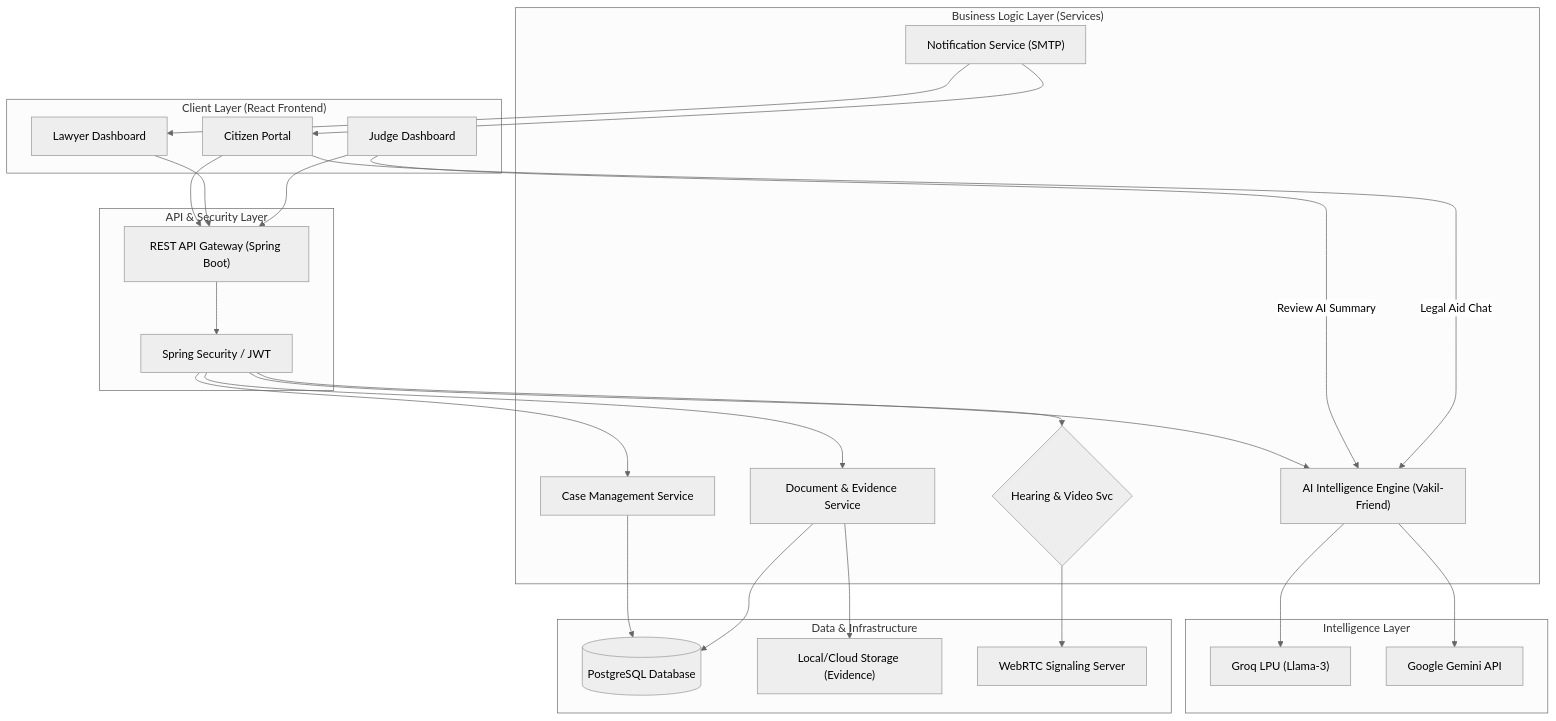
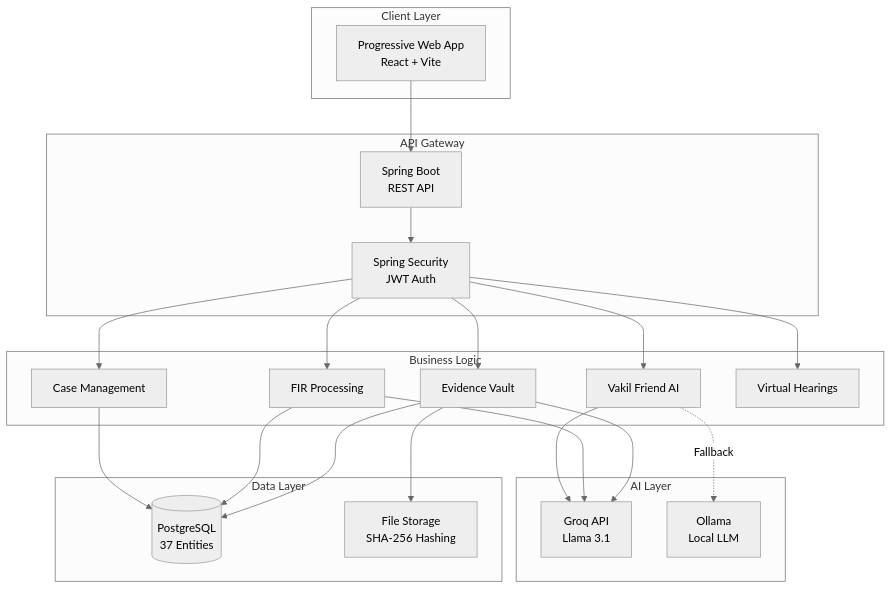
One commit to viru0909-dev/nyay-setu-working changed the first of 2 diagrams in README.md. Above: the diagram before and after it, drawn with Mermaid (neutral theme). The commit also changed other lines of this file and 2 other files, not shown here.

````diff
--- a/README.md
+++ b/README.md
@@ -61,58 +179,48 @@
 ```mermaid
-graph TD
-    subgraph "Client Layer (React Frontend)"
-        Citizen["Citizen Portal"]
-        Lawyer["Lawyer Dashboard"]
-        Judge["Judge Dashboard"]
+graph TB
+    subgraph "Client Layer"
+        PWA[Progressive Web App<br/>React + Vite]
     end
-
-    subgraph "API & Security Layer"
-        Gateway["REST API Gateway (Spring Boot)"]
-        Auth["Spring Security / JWT"]
+    
+    subgraph "API Gateway"
+        Spring[Spring Boot<br/>REST API]
+        Security[Spring Security<br/>JWT Auth]
     end
-
-    subgraph "Business Logic Layer (Services)"
-        CaseSvc["Case Management Service"]
-        DocSvc["Document & Evidence Service"]
-        AIEngine["AI Intelligence Engine (Vakil-Friend)"]
-        HearingSvc{"Hearing & Video Svc"}
-        NotifSvc["Notification Service (SMTP)"]
+    
+    subgraph "Business Logic"
+        CaseService[Case Management]
+        FirService[FIR Processing]
+        VakilService[Vakil Friend AI]
+        EvidenceService[Evidence Vault]
+        HearingService[Virtual Hearings]
     end
-
-    subgraph "Intelligence Layer"
-        Groq["Groq LPU (Llama-3)"]
-        Gemini["Google Gemini API"]
+    
+    subgraph "AI Layer"
+        Groq[Groq API<br/>Llama 3.1]
+        Ollama[Ollama<br/>Local LLM]
     end
-
-    subgraph "Data & Infrastructure"
-        DB[("PostgreSQL Database")]
-        Storage["Local/Cloud Storage (Evidence)"]
-        Signaling["WebRTC Signaling Server"]
+    
+    subgraph "Data Layer"
+        Postgres[(PostgreSQL<br/>37 Entities)]
+        FileSystem[File Storage<br/>SHA-256 Hashing]
     end
-
-    %% Flow interactions
-    Citizen --> Gateway
-    Lawyer --> Gateway
-    Judge --> Gateway
-
-    Gateway --> Auth
-    Auth --> CaseSvc
-    Auth --> DocSvc
-    Auth --> AIEngine
-    Auth --> HearingSvc
-
-    CaseSvc --> DB
-    DocSvc --> Storage
-    DocSvc --> DB
     
-    AIEngine --> Groq
-    AIEngine --> Gemini
+    PWA --> Spring
+    Spring --> Security
+    Security --> CaseService
+    Security --> FirService
+    Security --> VakilService
+    Security --> EvidenceService
+    Security --> HearingService
     
-    HearingSvc --> Signaling
+    VakilService --> Groq
+    FirService --> Groq
+    EvidenceService --> Groq
     
-    NotifSvc --> Citizen
-    NotifSvc --> Lawyer
+    VakilService -.Fallback.-> Ollama
     
-    Judge -- "Review AI Summary" --> AIEngine
-    Citizen -- "Legal Aid Chat" --> AIEngine
+    CaseService --> Postgres
+    FirService --> Postgres
+    EvidenceService --> FileSystem
+    EvidenceService --> Postgres
 ```
````
